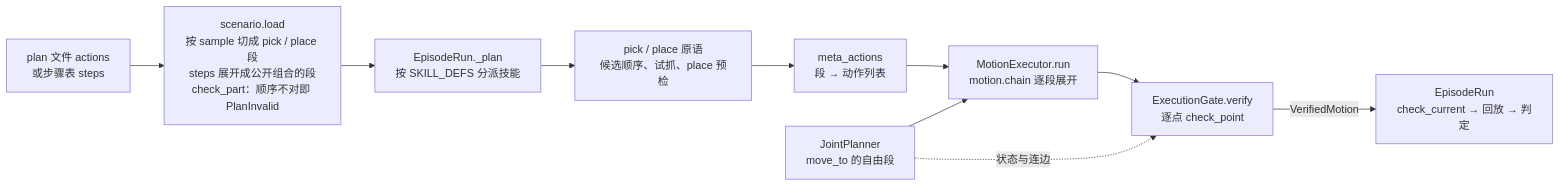
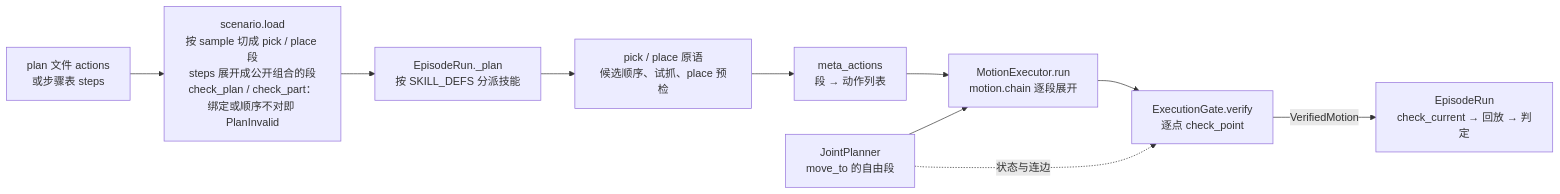
The diagram in docs/manipulation.md (ZJLi2013/RoboSmith), drawn with Mermaid before and after one commit. The commit also changed other lines of this file and 6 other files, not shown here.

Commit message:
scenario: a plan whose references or objects belong to another part is refused at load, and AGENT_PROMPT is the plan-file reference

````diff
--- a/docs/manipulation.md
+++ b/docs/manipulation.md
@@ -24,12 +24,12 @@
 ```mermaid
 flowchart LR
-    PF["plan 文件 actions<br/>或步骤表 steps"] --> LD["scenario.load<br/>按 sample 切成 pick / place 段<br/>steps 展开成公开组合的段<br/>check_part：顺序不对即 PlanInvalid"]
+    PF["plan 文件 actions<br/>或步骤表 steps"] --> LD["scenario.load<br/>按 sample 切成 pick / place 段<br/>steps 展开成公开组合的段<br/>check_plan / check_part：绑定或顺序不对即 PlanInvalid"]
     LD --> ER["EpisodeRun._plan<br/>按 SKILL_DEFS 分派技能"]
     ER --> SK["pick / place 原语<br/>候选顺序、试抓、place 预检"]
     SK --> MA["meta_actions<br/>段 → 动作列表"]
     MA --> EX["MotionExecutor.run<br/>motion.chain 逐段展开"]
     JP["JointPlanner<br/>move_to 的自由段"] --> EX
     EX --> G["ExecutionGate.verify<br/>逐点 check_point"]
     JP -. 状态与连边 .-> G
     G -->|VerifiedMotion| RP["EpisodeRun<br/>check_current → 回放 → 判定"]
 ```
````
